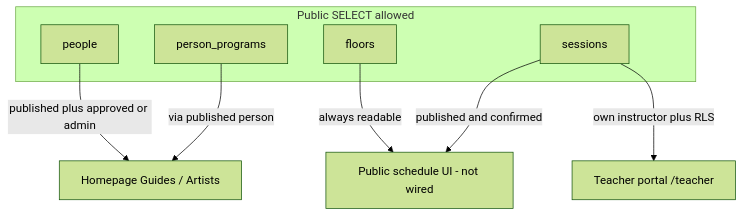
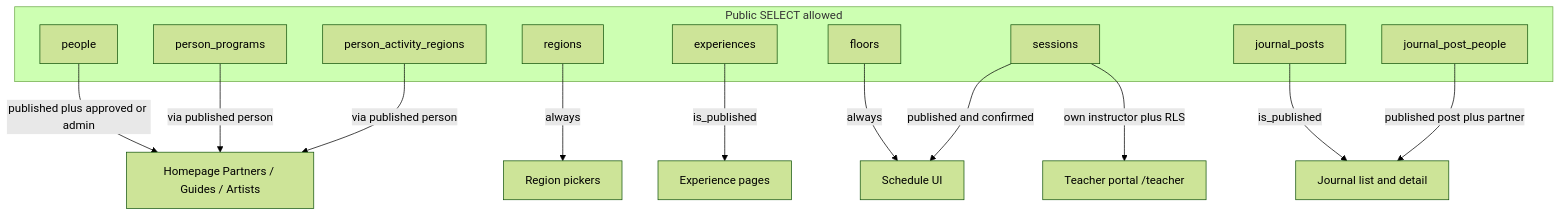
Before and after one commit to greatgiho/thewellnesskorea: the third of 3 diagrams in docs/database-erd.md, drawn with Mermaid (forest theme). The commit also changed other lines of this file and 63 other files, not shown here.

First line of the commit message:
Add Journal CMS, partner tags, and strict admin role enforcement.

````diff
--- a/docs/database-erd.md
+++ b/docs/database-erd.md
@@ -222,15 +305,25 @@
 ```mermaid
 flowchart TD
     subgraph public_read [Public SELECT allowed]
         P[people]
         PP[person_programs]
+        PAR[person_activity_regions]
+        R[regions]
+        E[experiences]
         F[floors]
         S[sessions]
+        JP[journal_posts]
+        JPP[journal_post_people]
     end
 
-    P -->|published plus approved or admin| HP[Homepage Guides / Artists]
+    P -->|published plus approved or admin| HP[Homepage Partners / Guides / Artists]
     PP -->|via published person| HP
-    F -->|always readable| PS[Public schedule UI - not wired]
+    PAR -->|via published person| HP
+    R -->|always| GEO[Region pickers]
+    E -->|is_published| EXP[Experience pages]
+    F -->|always| PS[Schedule UI]
     S -->|published and confirmed| PS
     S -->|own instructor plus RLS| TP[Teacher portal /teacher]
+    JP -->|is_published| JU[Journal list and detail]
+    JPP -->|published post plus partner| JU
 ```
````
